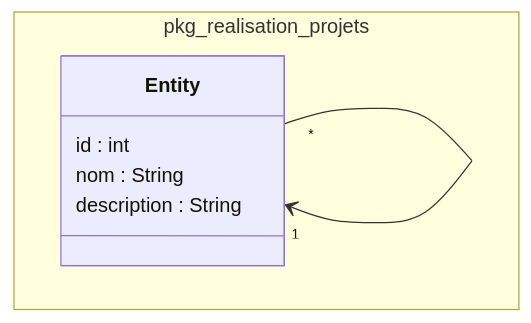
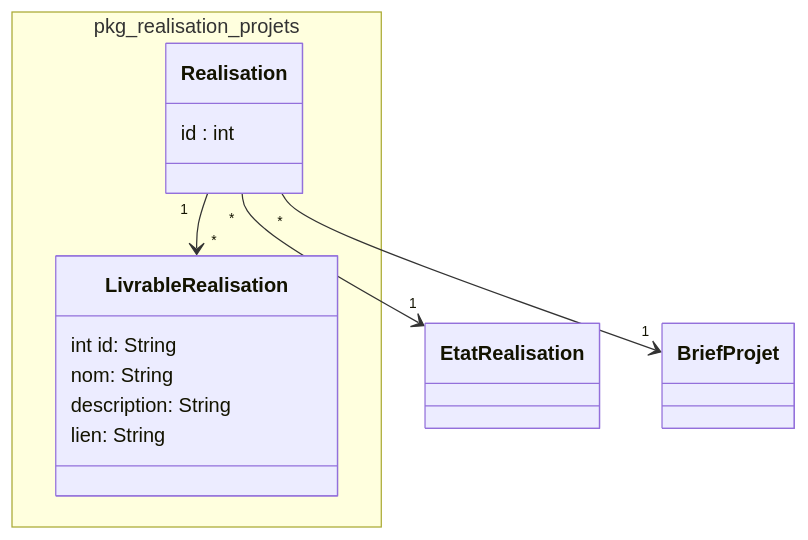
One commit to solicoders/soli-lms changed the diagram in modélisation/pkg_realisation_projets/classes_pkg_realisation_projets.mmd. Above: the diagram before and after it, drawn with Mermaid. The commit also changed 31 other files, not shown here.

Commit message:
diagramme de classes par packages

```diff
--- a/modélisation/pkg_realisation_projets/classes_pkg_realisation_projets.mmd
+++ b/modélisation/pkg_realisation_projets/classes_pkg_realisation_projets.mmd
@@ -1,13 +1,19 @@
 classDiagram
 
 namespace pkg_realisation_projets {
 
-class Entity {
+class Realisation {
   id : int
-  nom : String
-  description : String
+}
+class LivrableRealisation {
+    int id: String 
+    nom: String 
+    description: String 
+    lien: String 
 }
 
 }
 
-Entity "*" --> "1" Entity
+Realisation "*" --> "1" EtatRealisation
+Realisation "1" --> "*" LivrableRealisation
+Realisation "*" --> "1" BriefProjet
```
